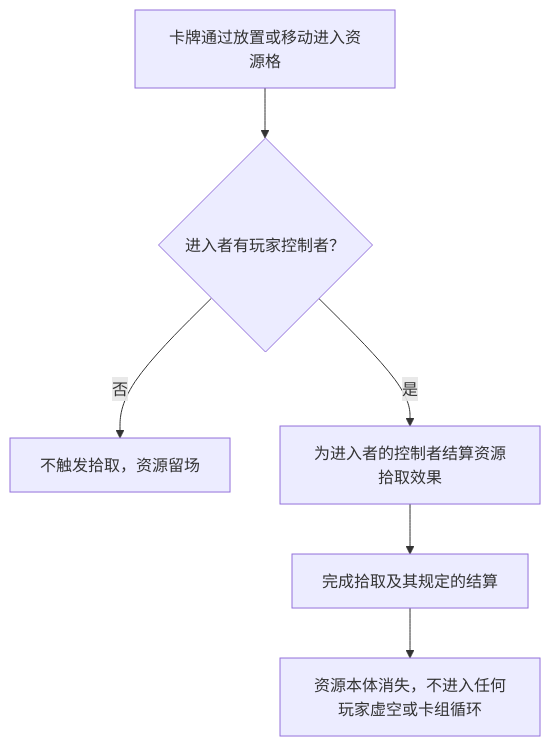
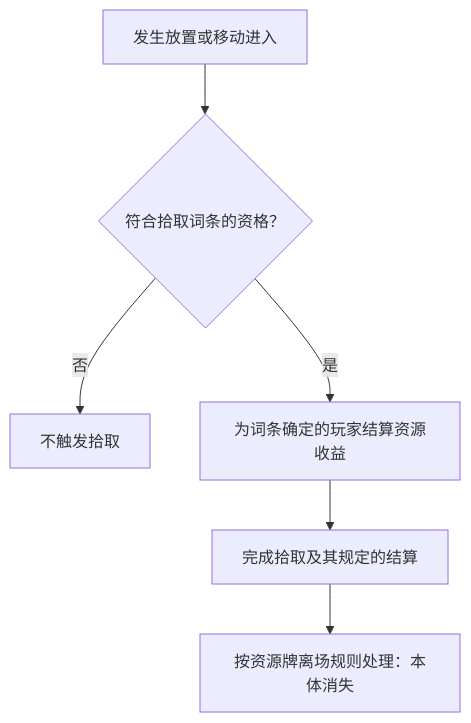
The second of 2 diagrams in docs/rules/common/lifecycle.md (Time-Block-Hero/tbh-website), drawn with Mermaid before and after one commit. The commit also changed other lines of this file and 16 other files, not shown here.

````diff
--- a/docs/rules/common/lifecycle.md
+++ b/docs/rules/common/lifecycle.md
@@ -227,8 +230,8 @@
 ```mermaid
 flowchart TD
-  enter["卡牌通过放置或移动进入资源格"] --> controller{"进入者有玩家控制者？"}
-  controller -->|否| stay["不触发拾取，资源留场"]
-  controller -->|是| effect["为进入者的控制者结算资源拾取效果"]
+  enter["发生放置或移动进入"] --> eligible{"符合拾取词条的资格？"}
+  eligible -->|否| stay["不触发拾取"]
+  eligible -->|是| effect["为词条确定的玩家结算资源收益"]
   effect --> done["完成拾取及其规定的结算"]
-  done --> disappear["资源本体消失，不进入任何玩家虚空或卡组循环"]
+  done --> disappear["按资源牌离场规则处理：本体消失"]
 ```
````
